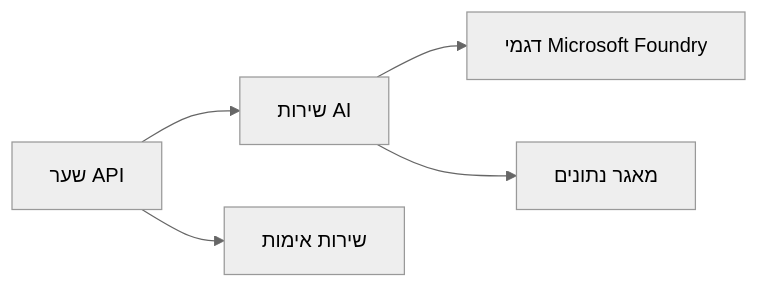
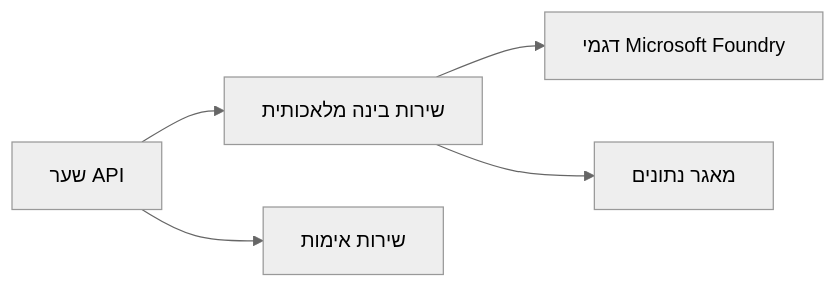
Before and after one commit to microsoft/AZD-for-beginners: the first of 2 diagrams in translations/he/docs/chapter-08-production/README.md, drawn with Mermaid (neutral theme). The commit also changed other lines of this file and 101 other files, not shown here.

````diff
--- a/translations/he/docs/chapter-08-production/README.md
+++ b/translations/he/docs/chapter-08-production/README.md
@@ -46,6 +48,6 @@
 ```mermaid
 graph LR
-    Gateway[שער API] --> AI[שירות AI] --> Models[דגמי Microsoft Foundry]
+    Gateway[שער API] --> AI[שירות בינה מלאכותית] --> Models[דגמי Microsoft Foundry]
     Gateway --> Auth[שירות אימות]
     AI --> Data[מאגר נתונים]
 ```
````
